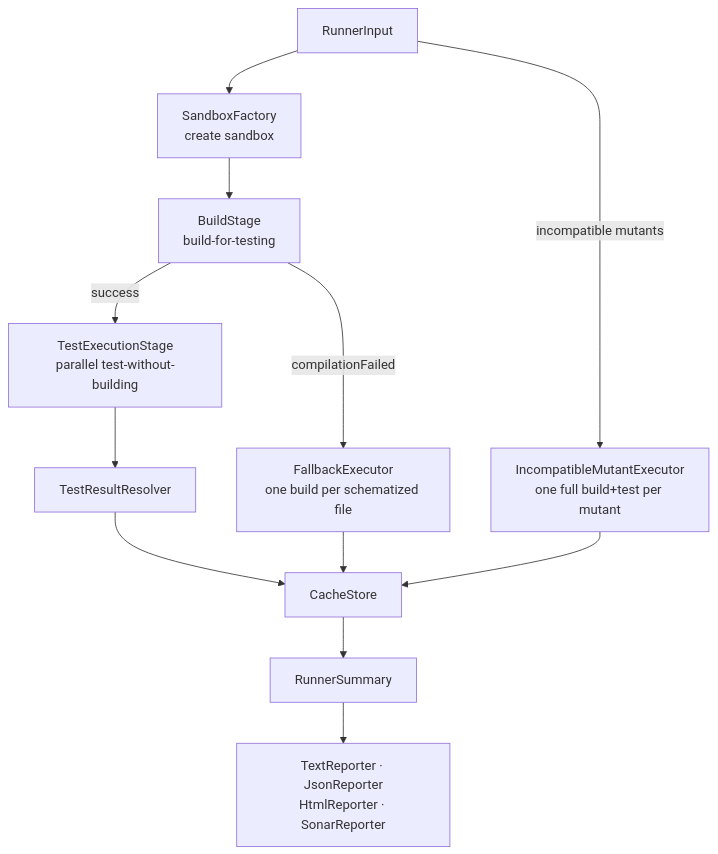
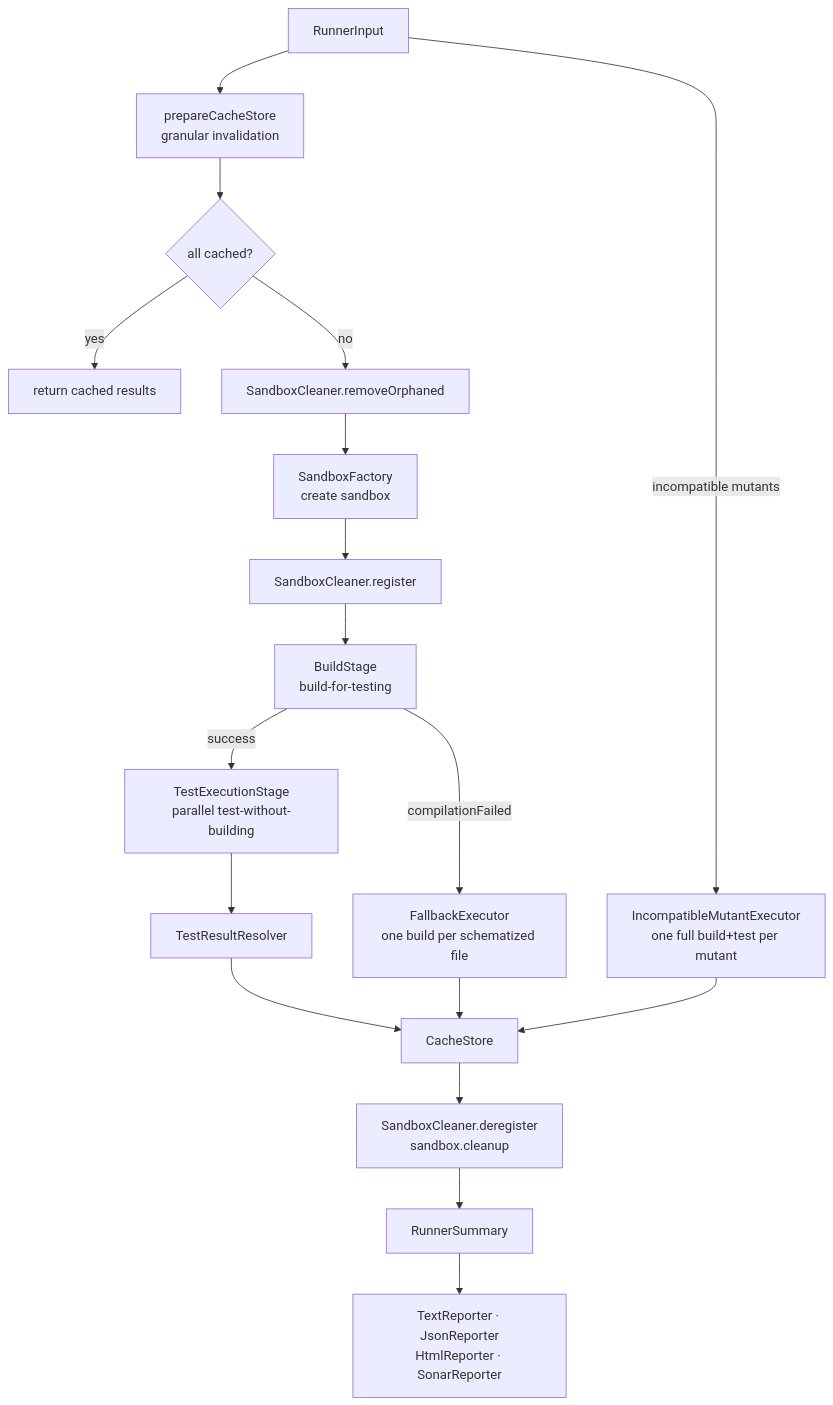
The first of 6 diagrams in Docs/Architecture/03-execution.md (ericodx/swift-mutation-testing), drawn with Mermaid before and after one commit. The commit also changed other lines of this file and 6 other files, not shown here.

Commit message:
docs: update architecture and codebase docs for granular cache and SandboxCleaner

````diff
--- a/Docs/Architecture/03-execution.md
+++ b/Docs/Architecture/03-execution.md
@@ -11,14 +11,20 @@
 ```mermaid
 flowchart TD
-    IN[RunnerInput] --> SF[SandboxFactory\ncreate sandbox]
-    SF --> BS[BuildStage\nbuild-for-testing]
+    IN[RunnerInput] --> PREP[prepareCacheStore\ngranular invalidation]
+    PREP --> ALLCACHED{all cached?}
+    ALLCACHED -- yes --> RETURN[return cached results]
+    ALLCACHED -- no --> CLEAN[SandboxCleaner.removeOrphaned]
+    CLEAN --> SF[SandboxFactory\ncreate sandbox]
+    SF --> REG[SandboxCleaner.register]
+    REG --> BS[BuildStage\nbuild-for-testing]
     BS -- success --> TES[TestExecutionStage\nparallel test-without-building]
     BS -- compilationFailed --> FBP[FallbackExecutor\none build per schematized file]
     TES --> TR[TestResultResolver]
     TR --> CACHE[CacheStore]
     FBP --> CACHE
     IN -- incompatible mutants --> IME[IncompatibleMutantExecutor\none full build+test per mutant]
     IME --> CACHE
-    CACHE --> SUM[RunnerSummary]
+    CACHE --> DEREG[SandboxCleaner.deregister\nsandbox.cleanup]
+    DEREG --> SUM[RunnerSummary]
     SUM --> REPORTERS[TextReporter · JsonReporter\nHtmlReporter · SonarReporter]
 ```
````
